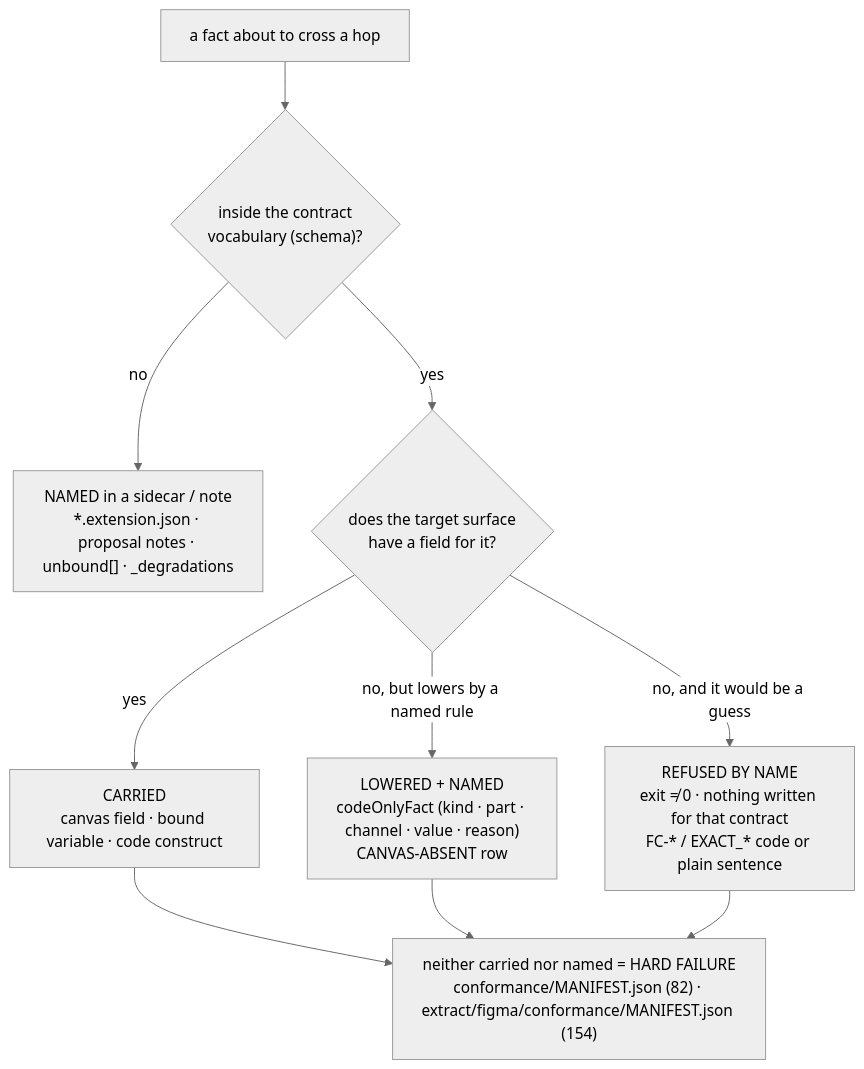
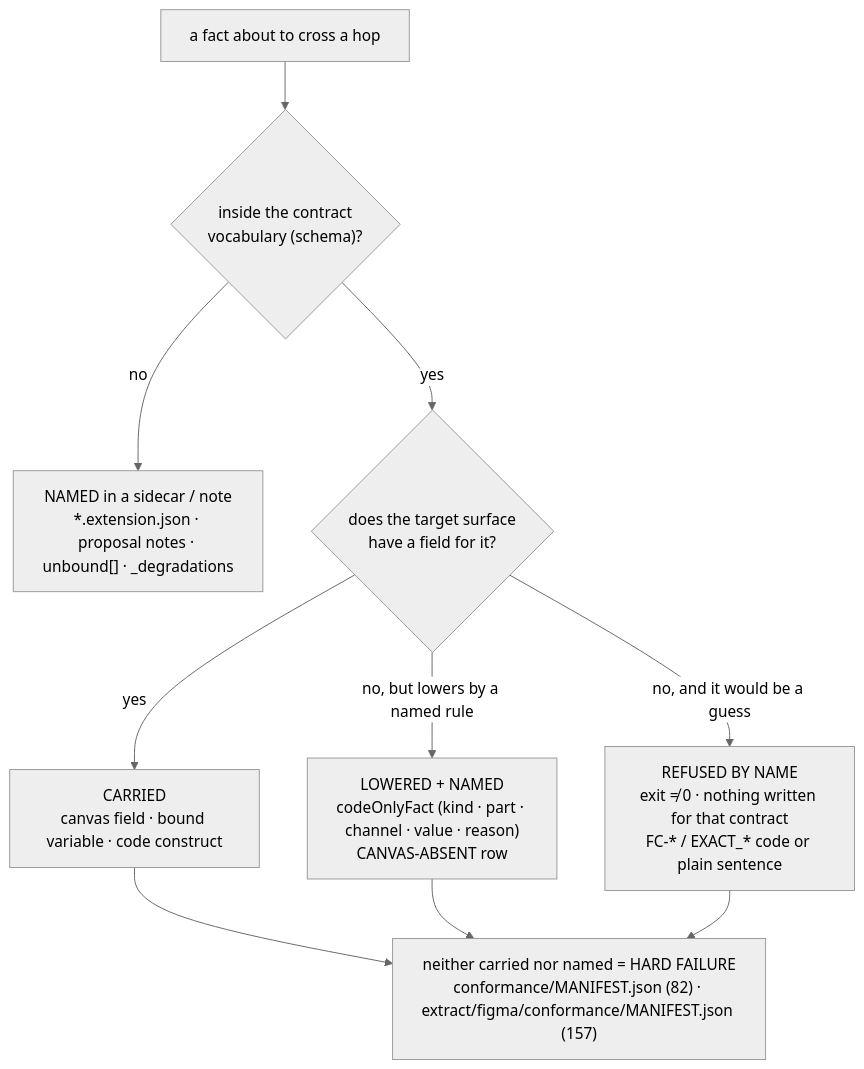
One commit to southleft/ds-contracts-poc changed the second of 3 diagrams in docs/29-how-it-flows.md. Above: the diagram before and after it, drawn with Mermaid (neutral theme). The commit also changed other lines of this file and 2 other files, not shown here.

Commit message:
Canvas conformance denominator 154 → 157: the census merge added three CARRIED REST identity rows (set description, documentation links, stamped identity) — accuracy/grammar.json pins 157 = 110/38/9, docs re-pinned

````diff
--- a/docs/29-how-it-flows.md
+++ b/docs/29-how-it-flows.md
@@ -241,13 +241,13 @@
 ```mermaid
 %% id: disposition
 flowchart TB
   F["a fact about to cross a hop"] --> V{"inside the contract<br/>vocabulary (schema)?"}
   V -- no --> S["NAMED in a sidecar / note<br/>*.extension.json · proposal notes · unbound[] · _degradations"]
   V -- yes --> L{"does the target surface<br/>have a field for it?"}
   L -- yes --> CAR["CARRIED<br/>canvas field · bound variable · code construct"]
   L -- "no, but lowers by a named rule" --> LOW["LOWERED + NAMED<br/>codeOnlyFact (kind · part · channel · value · reason)<br/>CANVAS-ABSENT row"]
   L -- "no, and it would be a guess" --> REF["REFUSED BY NAME<br/>exit ≠ 0 · nothing written for that contract<br/>FC-* / EXACT_* code or plain sentence"]
-  CAR --> X["neither carried nor named = HARD FAILURE<br/>conformance/MANIFEST.json (82) · extract/figma/conformance/MANIFEST.json (154)"]
+  CAR --> X["neither carried nor named = HARD FAILURE<br/>conformance/MANIFEST.json (82) · extract/figma/conformance/MANIFEST.json (157)"]
   LOW --> X
   REF --> X
 ```
````
